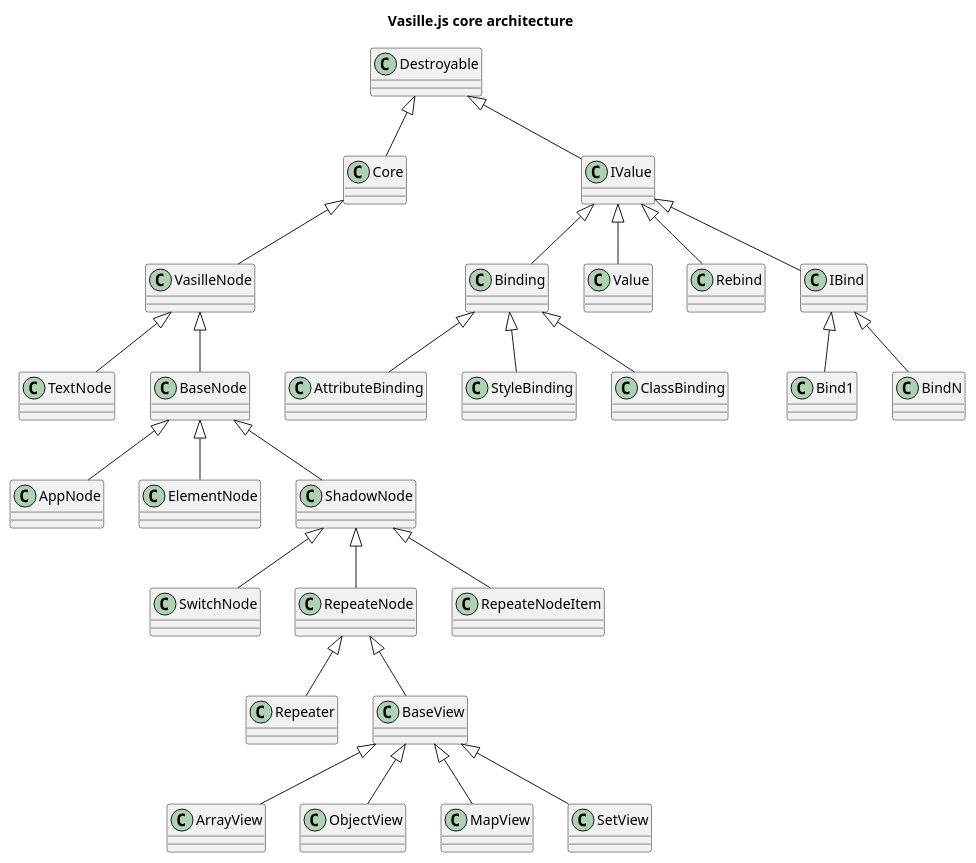
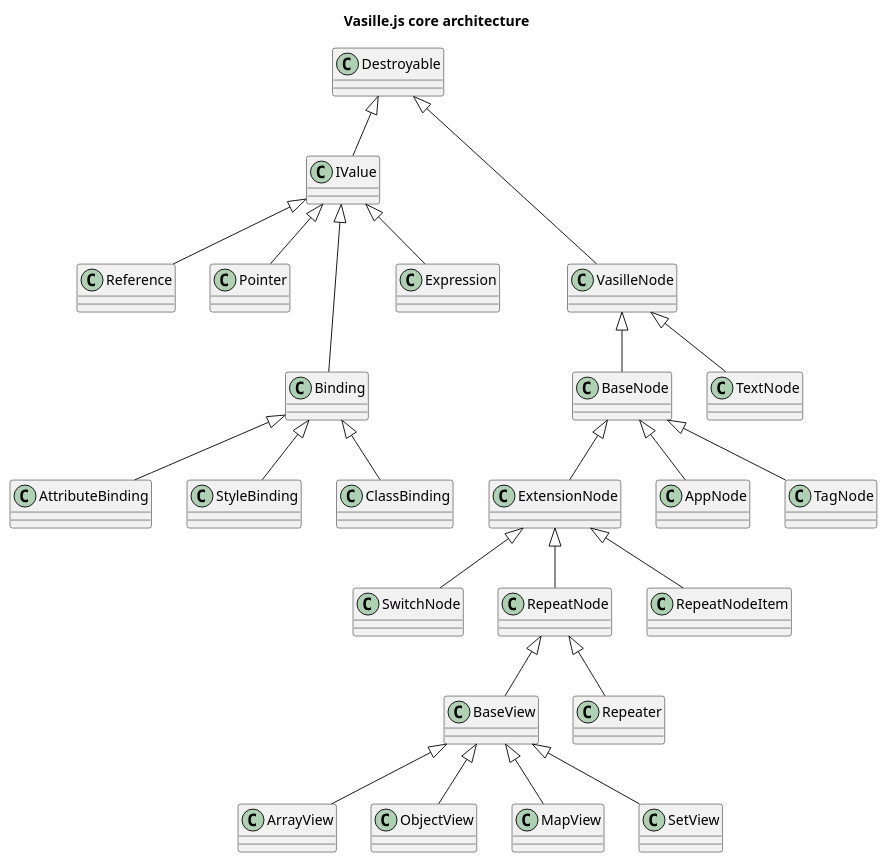
The diagram in models/main.plantuml (vasille-js/vasille-js), drawn with PlantUML before and after one commit. The commit also changed 1 other file, not shown here.

Commit message:
Update diagram

```diff
--- a/models/main.plantuml
+++ b/models/main.plantuml
@@ -1,37 +1,34 @@
 @startuml
 title Vasille.js core architecture
 
-Destroyable <|-- Core
 Destroyable <|-- IValue
+Destroyable <|--- VasilleNode
 
-IValue <|-- Binding
-IValue <|-- Value
-IValue <|-- Rebind
-IValue <|-- IBind
+IValue <|-- Reference
+IValue <|-- Pointer
+IValue <|--- Binding
+IValue <|-- Expression
 Binding <|-- AttributeBinding
 Binding <|-- StyleBinding
 Binding <|-- ClassBinding
-IBind <|-- Bind1
-IBind <|-- BindN
 
-Core <|-- VasilleNode
+VasilleNode <|-- BaseNode
 VasilleNode <|-- TextNode
-VasilleNode <|-- BaseNode
 
+BaseNode <|-- ExtensionNode
 BaseNode <|-- AppNode
-BaseNode <|-- ElementNode
-BaseNode <|-- ShadowNode
+BaseNode <|-- TagNode
 
-ShadowNode <|-- SwitchNode
-ShadowNode <|-- RepeateNode
-ShadowNode <|-- RepeateNodeItem
+ExtensionNode <|-- SwitchNode
+ExtensionNode <|-- RepeatNode
+ExtensionNode <|-- RepeatNodeItem
 
-RepeateNode <|-- Repeater
-RepeateNode <|-- BaseView
+RepeatNode <|-- BaseView
+RepeatNode <|-- Repeater
 
 BaseView <|-- ArrayView
 BaseView <|-- ObjectView
 BaseView <|-- MapView
 BaseView <|-- SetView
 
 @enduml
```
